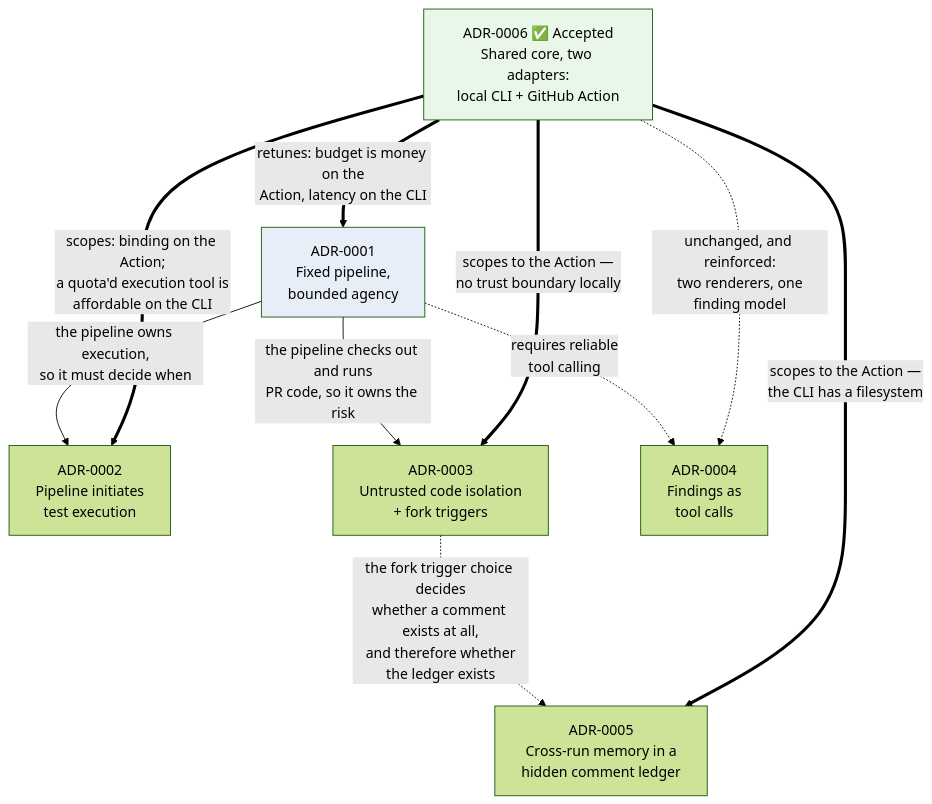
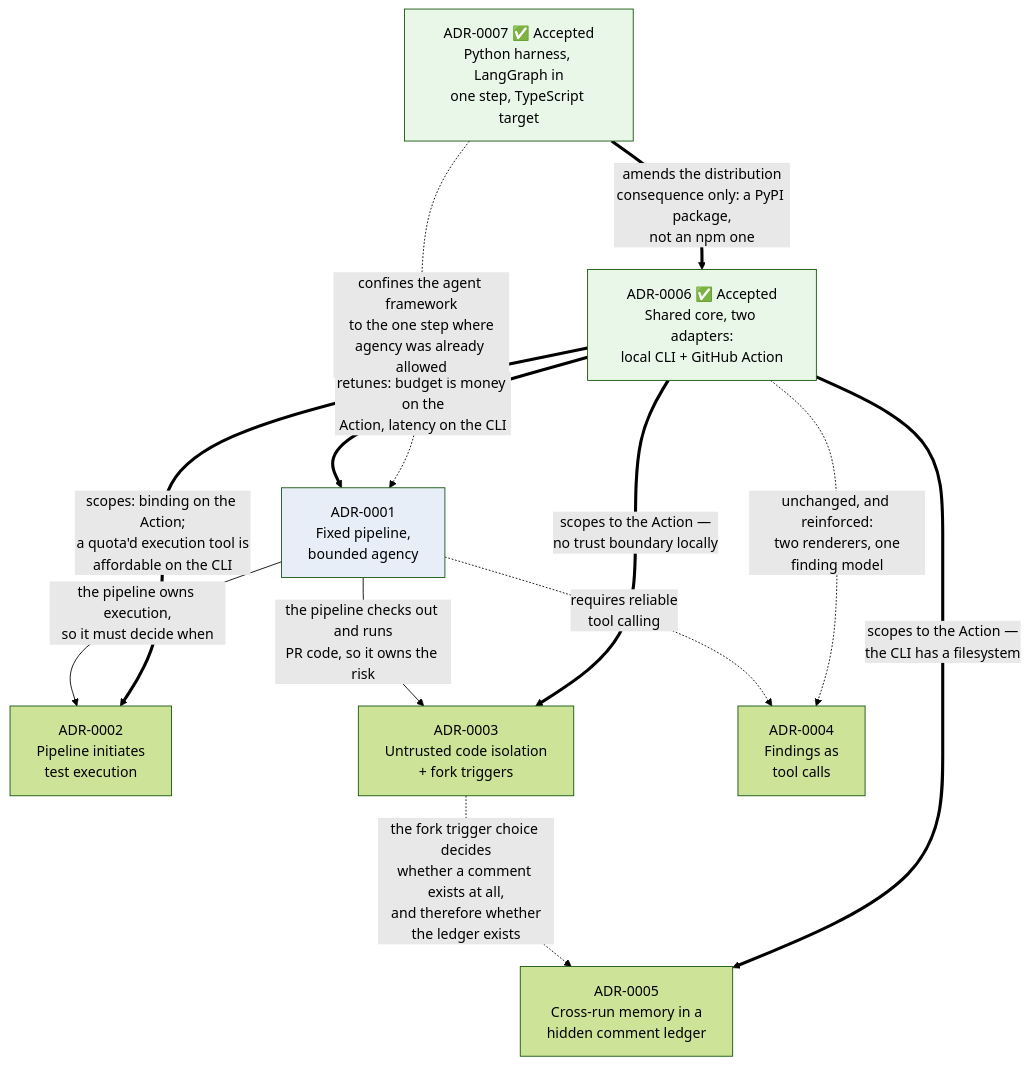
One commit to nhahub/NHA-5-285 changed the diagram in Docs/adr/README.md. Above: the diagram before and after it, drawn with Mermaid (forest theme). The commit also changed other lines of this file and 1 other file, not shown here.

First line of the commit message:
docs(adr): record the Python harness and TypeScript target decision

````diff
--- a/Docs/adr/README.md
+++ b/Docs/adr/README.md
@@ -20,23 +21,28 @@
 ```mermaid
 flowchart TD
     F["ADR-0006 ✅ Accepted<br/>Shared core, two adapters:<br/>local CLI + GitHub Action"]
     A["ADR-0001<br/>Fixed pipeline,<br/>bounded agency"]
     B["ADR-0002<br/>Pipeline initiates<br/>test execution"]
     C["ADR-0003<br/>Untrusted code isolation<br/>+ fork triggers"]
     D["ADR-0004<br/>Findings as<br/>tool calls"]
     E["ADR-0005<br/>Cross-run memory in a<br/>hidden comment ledger"]
+    G["ADR-0007 ✅ Accepted<br/>Python harness, LangGraph in<br/>one step, TypeScript target"]
 
     A -->|"the pipeline owns execution,<br/>so it must decide when"| B
     A -->|"the pipeline checks out and runs<br/>PR code, so it owns the risk"| C
     A -.->|"requires reliable<br/>tool calling"| D
     C -.->|"the fork trigger choice decides<br/>whether a comment exists at all,<br/>and therefore whether<br/>the ledger exists"| E
 
     F ==>|"retunes: budget is money on the<br/>Action, latency on the CLI"| A
     F ==>|"scopes: binding on the Action;<br/>a quota'd execution tool is<br/>affordable on the CLI"| B
     F ==>|"scopes to the Action —<br/>no trust boundary locally"| C
     F ==>|"scopes to the Action —<br/>the CLI has a filesystem"| E
     F -.->|"unchanged, and reinforced:<br/>two renderers, one<br/>finding model"| D
 
+    G ==>|"amends the distribution<br/>consequence only: a PyPI package,<br/>not an npm one"| F
+    G -.->|"confines the agent framework<br/>to the one step where<br/>agency was already allowed"| A
+
     style F fill:#e8f7e8
+    style G fill:#e8f7e8
     style A fill:#e8eef7
 ```
````
